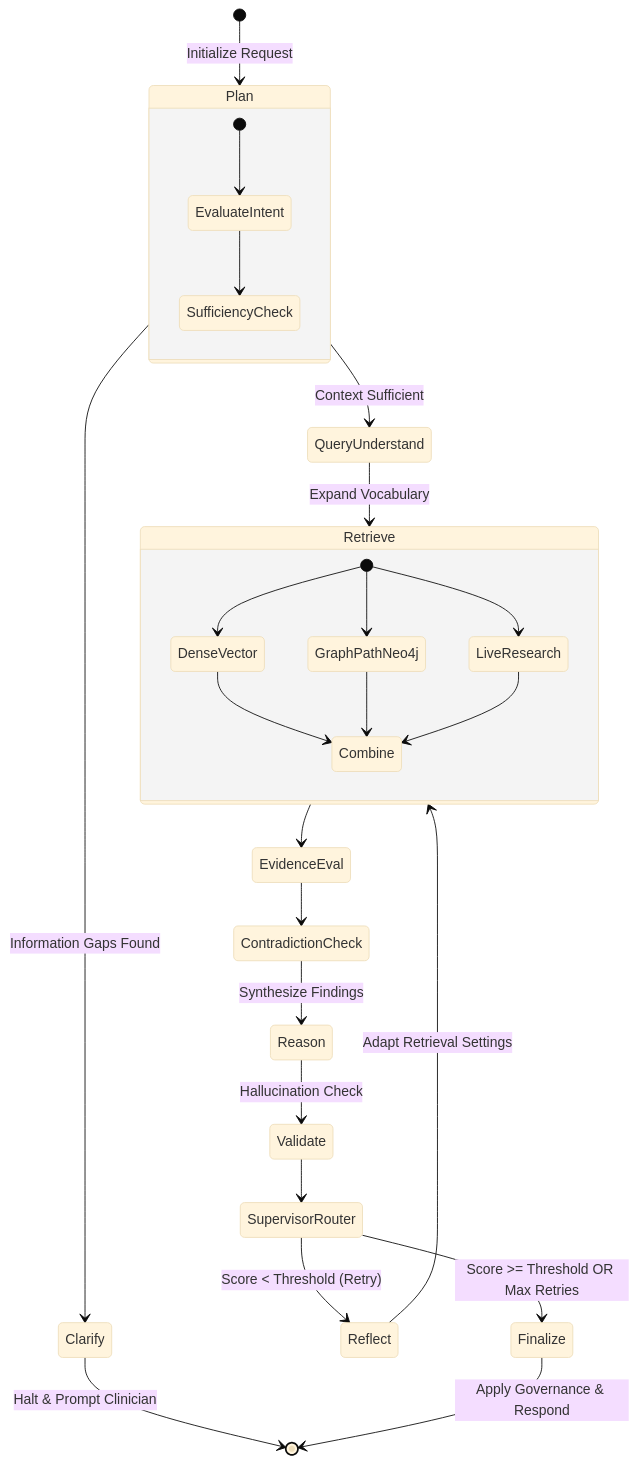
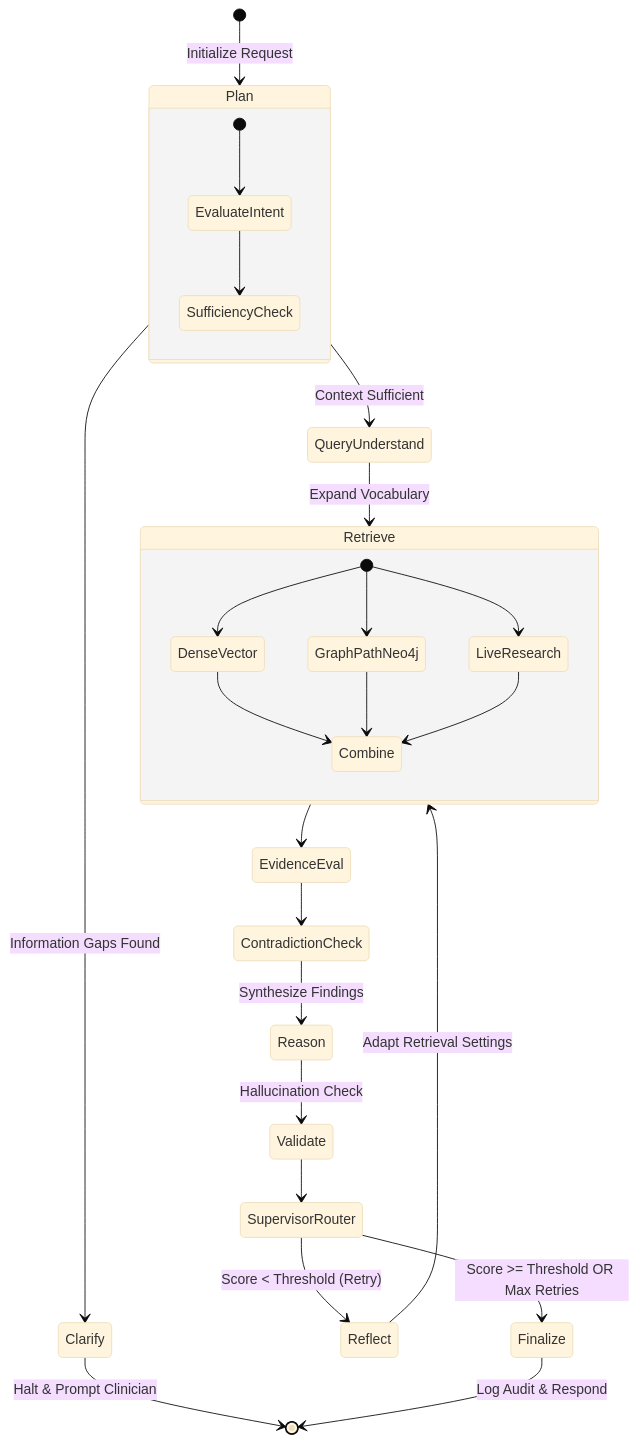
One commit to pavandoddavarapu/aegis_agenticAi_capstone changed the second of 2 diagrams in README.md. Above: the diagram before and after it, drawn with Mermaid (base theme). The commit also changed other lines of this file, not shown here.

Commit message:
docs: remove HITL escalation references and document core Pydantic schemas in README

````diff
--- a/README.md
+++ b/README.md
@@ -105,38 +105,38 @@
 ```mermaid
 stateDiagram-v2
     [*] --> Plan : Initialize Request
     
     state Plan {
         [*] --> EvaluateIntent
         EvaluateIntent --> SufficiencyCheck
     }
     
     Plan --> Clarify : Information Gaps Found
     Clarify --> [*] : Halt & Prompt Clinician
     
     Plan --> QueryUnderstand : Context Sufficient
     QueryUnderstand --> Retrieve : Expand Vocabulary
     
     state Retrieve {
         [*] --> DenseVector
         [*] --> GraphPathNeo4j
         [*] --> LiveResearch
         DenseVector --> Combine
         GraphPathNeo4j --> Combine
         LiveResearch --> Combine
     }
     
     Retrieve --> EvidenceEval
     EvidenceEval --> ContradictionCheck
     ContradictionCheck --> Reason : Synthesize Findings
     Reason --> Validate : Hallucination Check
     
     Validate --> SupervisorRouter
     
     state SupervisorRouter <<choice>>
     SupervisorRouter --> Reflect : Score < Threshold (Retry)
     Reflect --> Retrieve : Adapt Retrieval Settings
     SupervisorRouter --> Finalize : Score >= Threshold OR Max Retries
     
-    Finalize --> [*] : Apply Governance & Respond
+    Finalize --> [*] : Log Audit & Respond
 ```
````
